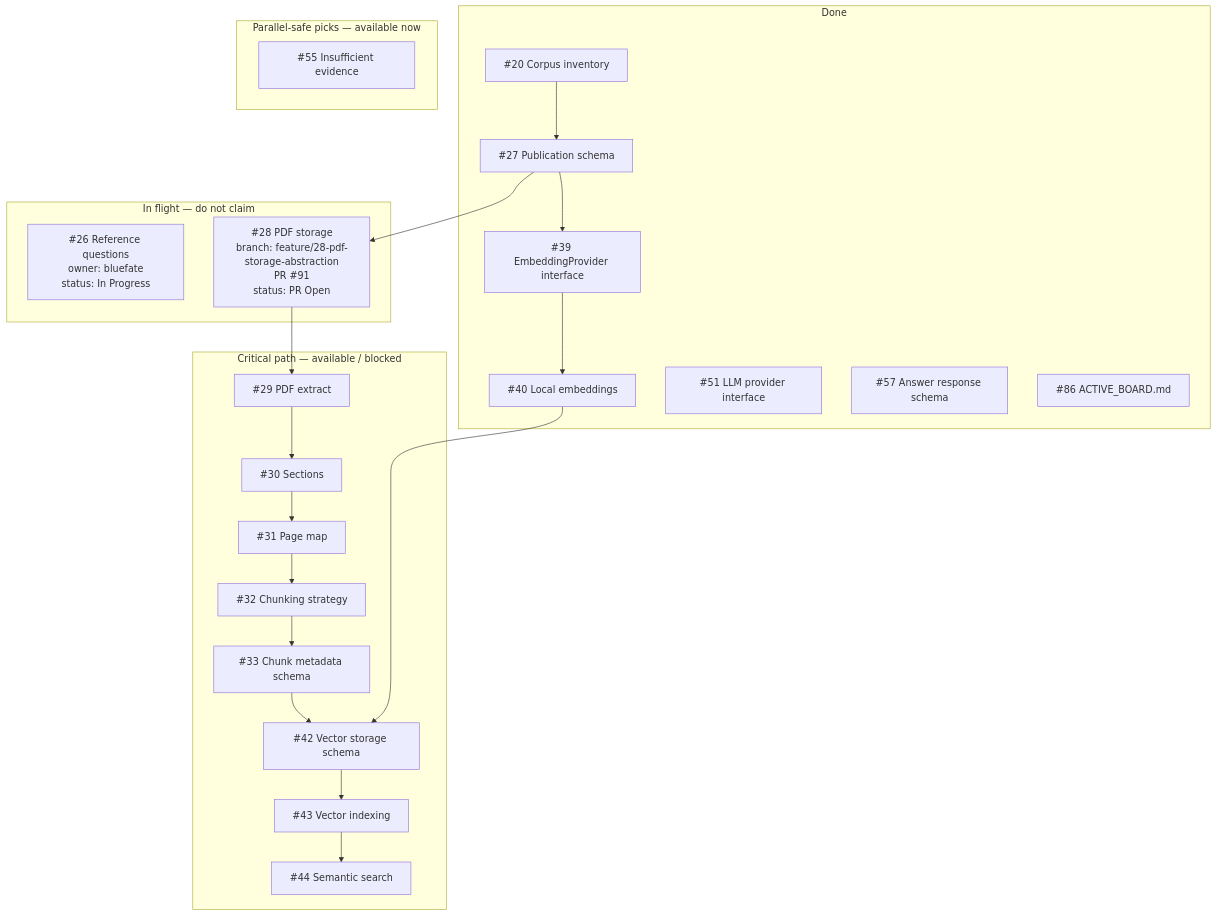
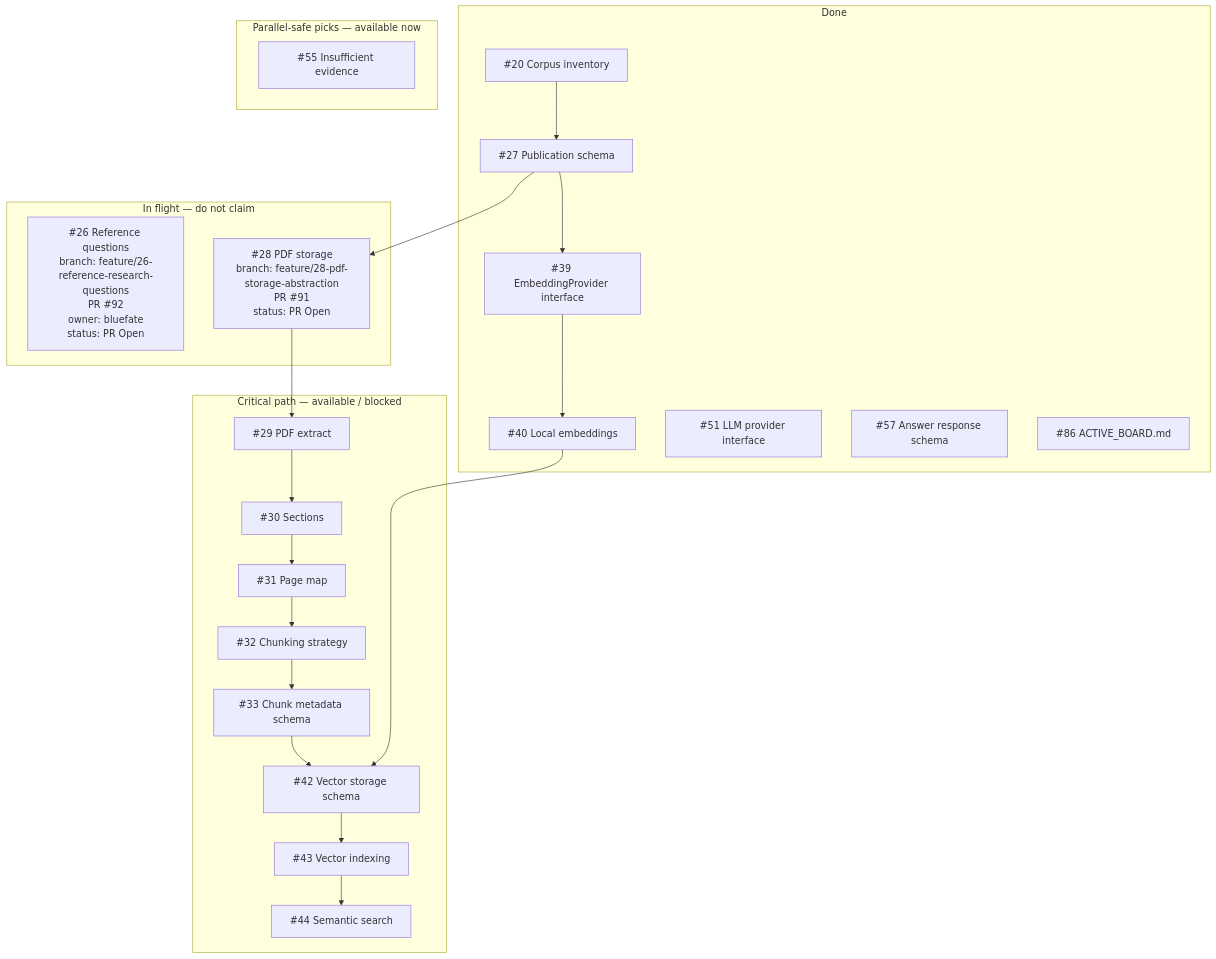
The diagram in docs/development/ACTIVE_BOARD.md (bluefate/spacebio-evidence-engine), drawn with Mermaid before and after one commit. The commit also changed other lines of this file, not shown here.

````diff
--- a/docs/development/ACTIVE_BOARD.md
+++ b/docs/development/ACTIVE_BOARD.md
@@ -61,42 +61,42 @@
 ```mermaid
 flowchart TB
   subgraph done [Done]
     i20["#20 Corpus inventory"]
     i27["#27 Publication schema"]
     i39["#39 EmbeddingProvider interface"]
     i40["#40 Local embeddings"]
     i51["#51 LLM provider interface"]
     i57["#57 Answer response schema"]
     i86["#86 ACTIVE_BOARD.md"]
   end
   subgraph inflight [In flight — do not claim]
-    i26["#26 Reference questions<br/>owner: bluefate<br/>status: In Progress"]
+    i26["#26 Reference questions<br/>branch: feature/26-reference-research-questions<br/>PR #92<br/>owner: bluefate<br/>status: PR Open"]
     i28["#28 PDF storage<br/>branch: feature/28-pdf-storage-abstraction<br/>PR #91<br/>status: PR Open"]
   end
   subgraph nextCritical [Critical path — available / blocked]
     i29["#29 PDF extract"]
     i30["#30 Sections"]
     i31["#31 Page map"]
     i32["#32 Chunking strategy"]
     i33["#33 Chunk metadata schema"]
     i42["#42 Vector storage schema"]
     i43["#43 Vector indexing"]
     i44["#44 Semantic search"]
   end
   subgraph nextParallel [Parallel-safe picks — available now]
     i55["#55 Insufficient evidence"]
   end
   i20 --> i27
   i27 --> i28
   i28 --> i29
   i29 --> i30
   i30 --> i31
   i31 --> i32
   i32 --> i33
   i33 --> i42
   i27 --> i39
   i39 --> i40
   i40 --> i42
   i42 --> i43
   i43 --> i44
 ```
````
